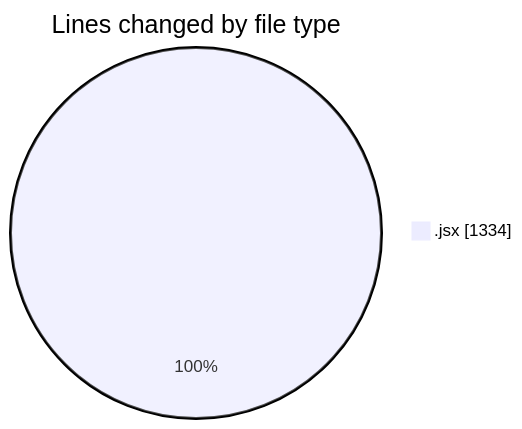
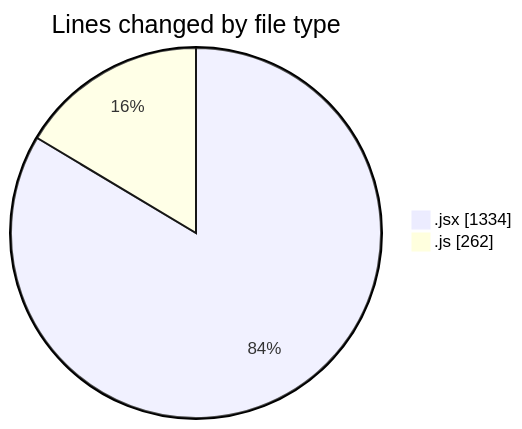
Before and after one commit to nxtqubesakshisongat/code-tracking: the first of 2 diagrams in 2025-11-17/argos/README.md, drawn with Mermaid. The commit also changed other lines of this file and 1 other file, not shown here.

````diff
--- a/2025-11-17/argos/README.md
+++ b/2025-11-17/argos/README.md
@@ -20,5 +21,6 @@
 ```mermaid
 pie showData
 title Lines changed by file type
 ".jsx" : 1334
+".js" : 262
 ```
````
